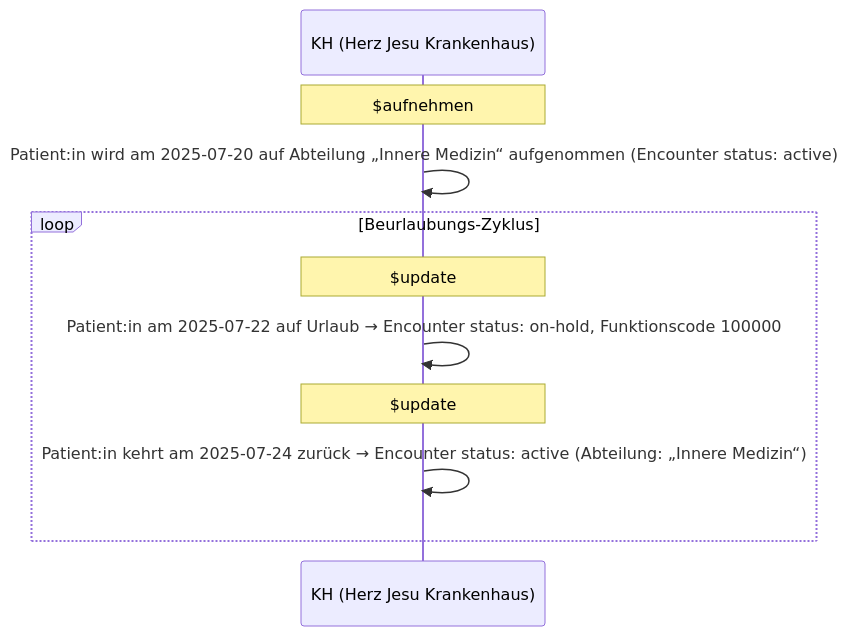
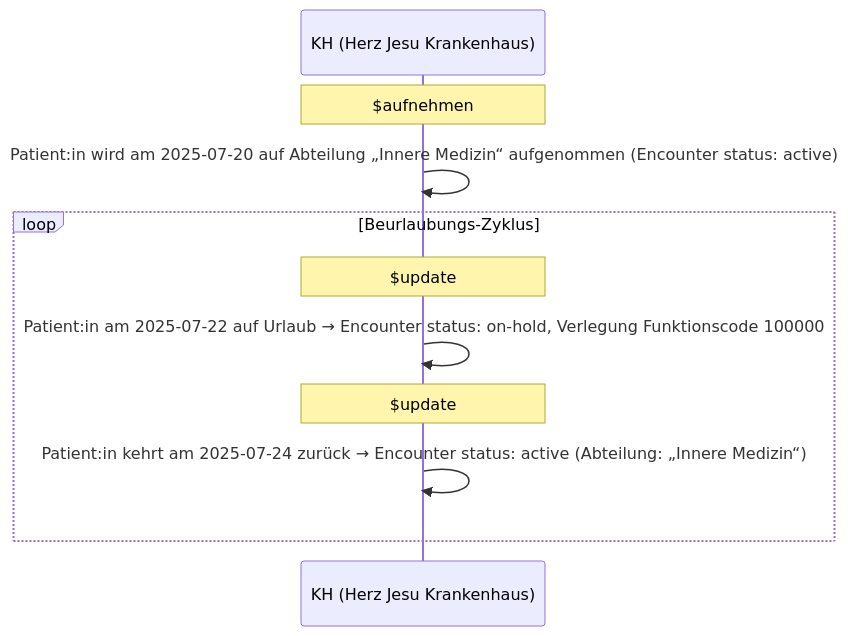
The seventh of 8 diagrams in input/pagecontent/workflowmanagement.md (HL7Austria/ELGA-MOPED-R5), drawn with Mermaid before and after one commit. The commit also changed other lines of this file and 2 other files, not shown here.

```diff
--- a/input/pagecontent/workflowmanagement.md
+++ b/input/pagecontent/workflowmanagement.md
@@ -178,15 +178,15 @@
 <pre class="mermaid">
 sequenceDiagram
     participant KH as KH (Herz Jesu Krankenhaus)
 
     Note over KH: $aufnehmen
     KH->>KH: Patient:in wird am 2025-07-20 auf Abteilung „Innere Medizin“ aufgenommen (Encounter status: active)
 
     loop Beurlaubungs-Zyklus
         Note over KH: $update
-        KH->>KH: Patient:in am 2025-07-22 auf Urlaub → Encounter status: on-hold, Funktionscode 100000
+        KH->>KH: Patient:in am 2025-07-22 auf Urlaub → Encounter status: on-hold, Verlegung Funktionscode 100000
 
         Note over KH: $update
         KH->>KH: Patient:in kehrt am 2025-07-24 zurück → Encounter status: active (Abteilung: „Innere Medizin“)
     end
     </pre>
```
